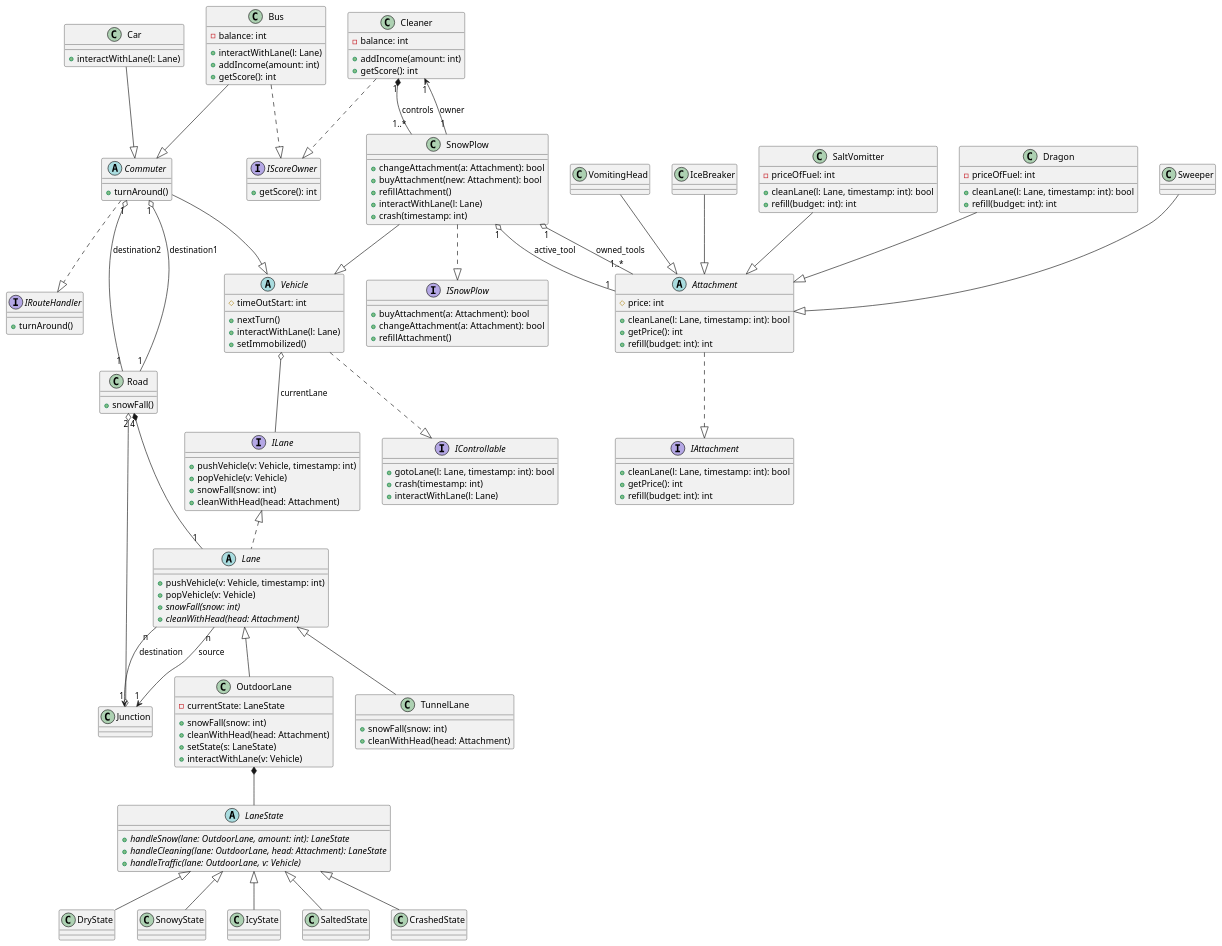
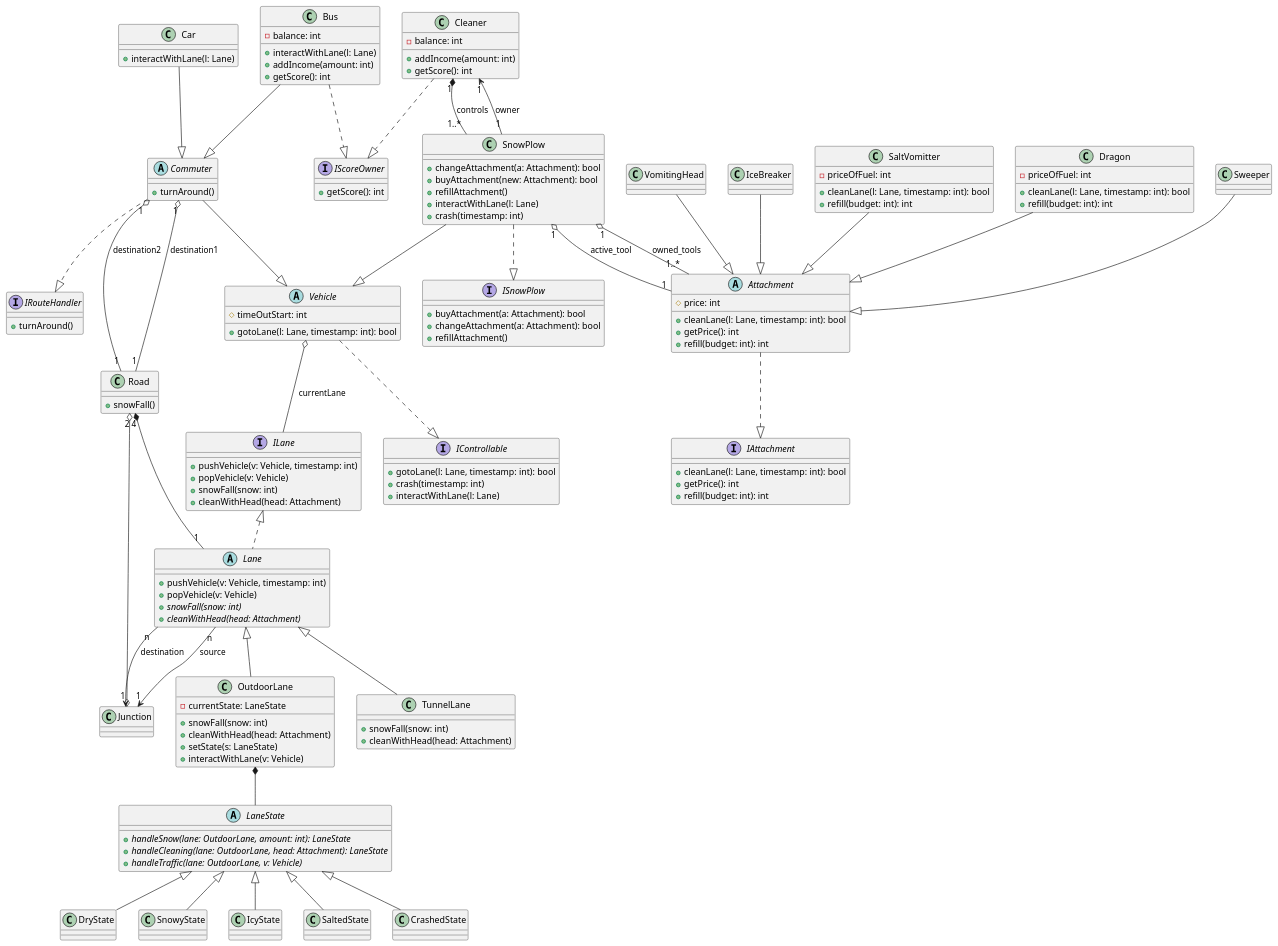
One commit to toth-andor/UneNotteANapoli changed the diagram in docs/04/diagrams/class-diagram.puml. Above: the diagram before and after it, drawn with PlantUML.

Commit message:
fixed immobilized and next_turn

```diff
--- a/docs/04/diagrams/class-diagram.puml
+++ b/docs/04/diagrams/class-diagram.puml
@@ -1,158 +1,156 @@
 @startuml class-diagram
 abstract Vehicle {
   # timeOutStart: int
-  + nextTurn()
-  + interactWithLane(l: Lane)
-  + setImmobilized()
+  + gotoLane(l: Lane, timestamp: int): bool
 }
 class Bus {
   - balance: int
   + interactWithLane(l: Lane)
   + addIncome(amount: int)
   + getScore(): int
 }
 class SnowPlow {
   + changeAttachment(a: Attachment): bool
   + buyAttachment(new: Attachment): bool
   + refillAttachment()
   + interactWithLane(l: Lane)
   + crash(timestamp: int)
 }
 class Car {
   + interactWithLane(l: Lane)
 }
 abstract Attachment {
   # price: int
   + cleanLane(l: Lane, timestamp: int): bool
   + getPrice(): int
   + refill(budget: int): int
 }
 class Dragon {
   - priceOfFuel: int
   + cleanLane(l: Lane, timestamp: int): bool
   + refill(budget: int): int
 }
 class Sweeper
 class VomitingHead
 class IceBreaker
 class SaltVomitter {
   - priceOfFuel: int
   + cleanLane(l: Lane, timestamp: int): bool
   + refill(budget: int): int
 }
 interface IAttachment {
   + cleanLane(l: Lane, timestamp: int): bool
   + getPrice(): int
   + refill(budget: int): int
 }
 class Road {
   + snowFall()
 }
 
 interface ILane {
   + pushVehicle(v: Vehicle, timestamp: int)
   + popVehicle(v: Vehicle)
   + snowFall(snow: int)
   + cleanWithHead(head: Attachment)
 }
 
 abstract Lane {
   + pushVehicle(v: Vehicle, timestamp: int)
   + popVehicle(v: Vehicle)
   {abstract} + snowFall(snow: int)
   {abstract} + cleanWithHead(head: Attachment)
 }
 
 class OutdoorLane {
   - currentState: LaneState
   + snowFall(snow: int)
   + cleanWithHead(head: Attachment)
   + setState(s: LaneState)
   + interactWithLane(v: Vehicle)
 }
 
 class TunnelLane {
   + snowFall(snow: int)
   + cleanWithHead(head: Attachment)
 }
 
 ' --- State Pattern for OutdoorLane ---
 
 abstract LaneState {
   {abstract} + handleSnow(lane: OutdoorLane, amount: int): LaneState
   {abstract} + handleCleaning(lane: OutdoorLane, head: Attachment): LaneState
   {abstract} + handleTraffic(lane: OutdoorLane, v: Vehicle)
 }
 
 class DryState
 class SnowyState
 class IcyState
 class SaltedState
 class CrashedState
 
 class Junction
 class Cleaner {
   - balance: int
   + addIncome(amount: int)
   + getScore(): int
 }
 abstract class Commuter {
   + turnAround()
 }
 interface IControllable {
   + gotoLane(l: Lane, timestamp: int): bool
   + crash(timestamp: int)
   + interactWithLane(l: Lane)
 }
 interface ISnowPlow {
   + buyAttachment(a: Attachment): bool
   + changeAttachment(a: Attachment): bool
   + refillAttachment()
 }
 interface IRouteHandler {
   + turnAround()
 }
 interface IScoreOwner {
   + getScore(): int
 }
 
 ILane <|.. Lane
 Lane <|-- OutdoorLane
 Lane <|-- TunnelLane
 
 LaneState <|-- DryState
 LaneState <|-- SnowyState
 LaneState <|-- IcyState
 LaneState <|-- SaltedState
 LaneState <|-- CrashedState
 
 OutdoorLane *-- LaneState
 
 Lane "n" --> "1" Junction : source
 Lane "n" --> "1" Junction : destination
 
 Road "4" *-- "1" Lane
 Dragon --|> Attachment
 Sweeper --|> Attachment
 VomitingHead --|> Attachment
 IceBreaker --|> Attachment
 SaltVomitter --|> Attachment
 Attachment ..|> IAttachment
 Road "2" o--o Junction
 Vehicle  o-- ILane : currentLane
 Commuter "1" o-- "1" Road : destination1
 Commuter "1" o-- "1" Road : destination2
 Vehicle ..|> IControllable
 SnowPlow --|> Vehicle
 SnowPlow ..|> ISnowPlow
 Commuter --|> Vehicle
 Commuter ..|> IRouteHandler
 Bus --|> Commuter
 Bus ..|> IScoreOwner
 Car --|> Commuter
 Cleaner ..|> IScoreOwner
 Cleaner "1" *-- "1..*" SnowPlow : controls
 SnowPlow "1" o-- "1..*" Attachment : owned_tools
 SnowPlow "1" o-- "1" Attachment : active_tool
 SnowPlow "1" --> "1" Cleaner : owner
 @enduml
```
